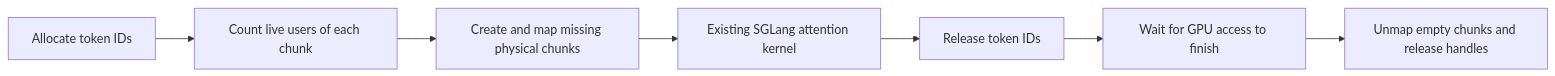
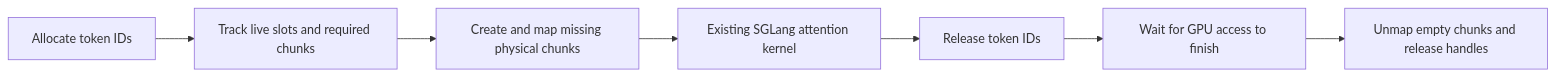
One commit to 6Mikao9/elastic-kv-vmm changed the diagram in README.md. Above: the diagram before and after it, drawn with Mermaid. The commit also changed other lines of this file and 220 other files, not shown here.

Commit message:
Add graph-safe V5, prefill pressure coordination and vLLM experiments

````diff
--- a/README.md
+++ b/README.md
@@ -32,9 +36,9 @@
 ```mermaid
 flowchart LR
-    A[Allocate token IDs] --> B[Count live users of each chunk]
+    A[Allocate token IDs] --> B[Track live slots and required chunks]
     B --> C[Create and map missing physical chunks]
     C --> D[Existing SGLang attention kernel]
     D --> E[Release token IDs]
     E --> F[Wait for GPU access to finish]
     F --> G[Unmap empty chunks and release handles]
 ```
````
